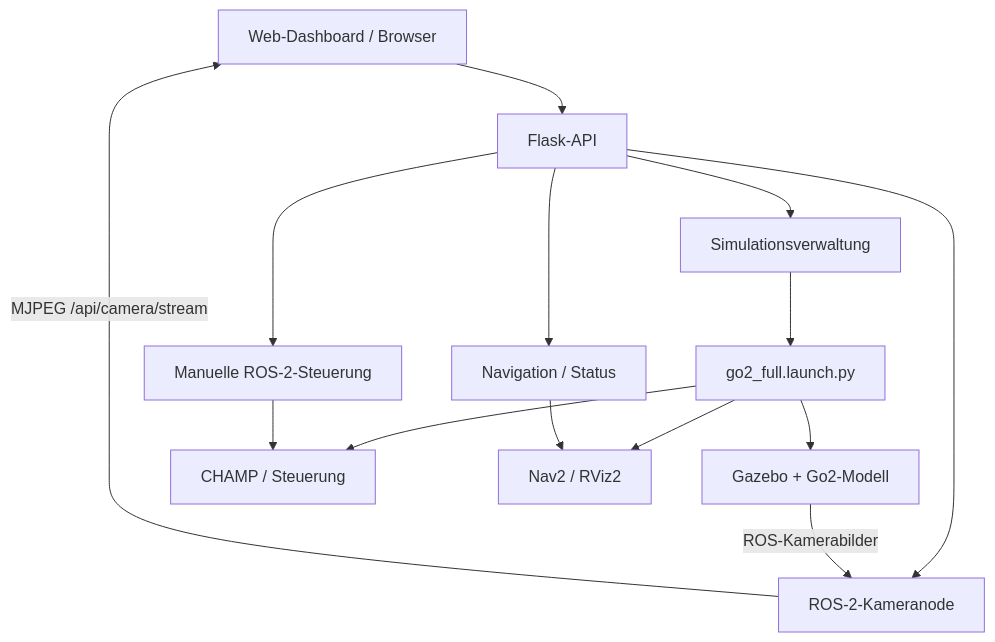
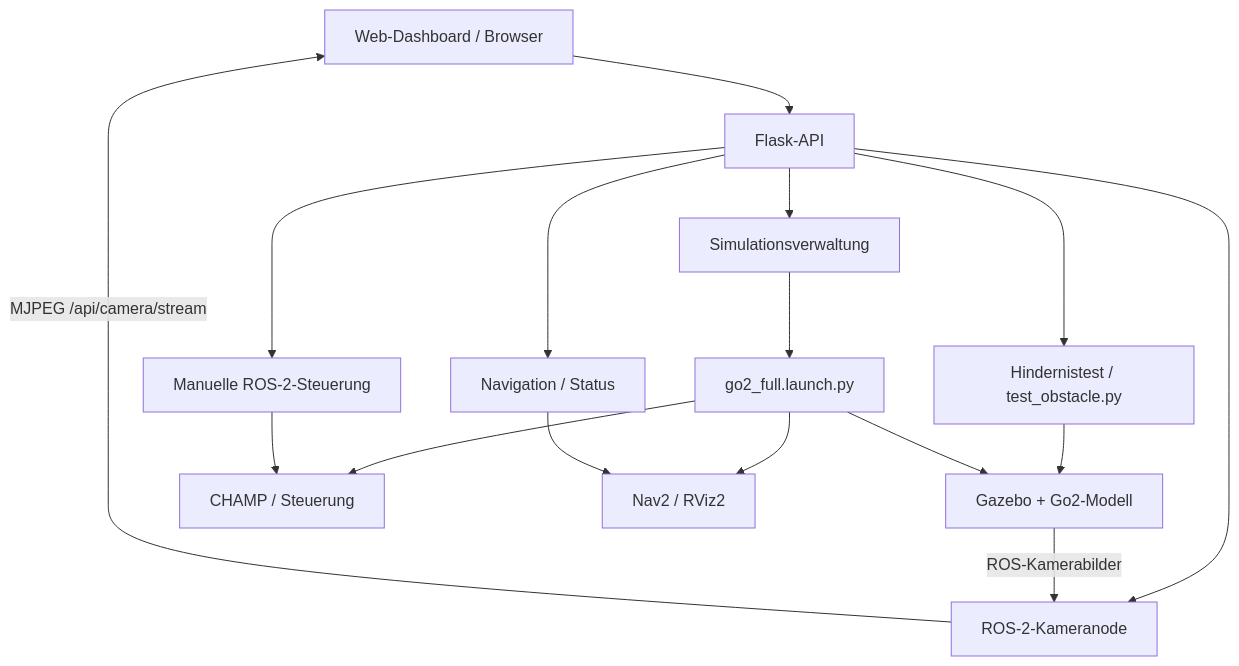
Before and after one commit to samuhaug/unitree_go_simulation: the diagram in README.md, drawn with Mermaid. The commit also changed other lines of this file, not shown here.

Commit message:
Update README with Gazebo obstacle controls

````diff
--- a/README.md
+++ b/README.md
@@ -51,16 +53,18 @@
 ```mermaid
 flowchart TD
     UI[Web-Dashboard / Browser] --> API[Flask-API]
     API --> SIM[Simulationsverwaltung]
     API --> MAN[Manuelle ROS-2-Steuerung]
     API --> CAM[ROS-2-Kameranode]
     API --> NAV[Navigation / Status]
+    API --> OBS[Hindernistest / test_obstacle.py]
+    OBS --> GZ
     SIM --> LAUNCH[go2_full.launch.py]
     LAUNCH --> GZ[Gazebo + Go2-Modell]
     LAUNCH --> CHAMP[CHAMP / Steuerung]
     LAUNCH --> NAV2[Nav2 / RViz2]
     GZ -->|ROS-Kamerabilder| CAM
     CAM -->|MJPEG /api/camera/stream| UI
     MAN --> CHAMP
     NAV --> NAV2
 ```
````
